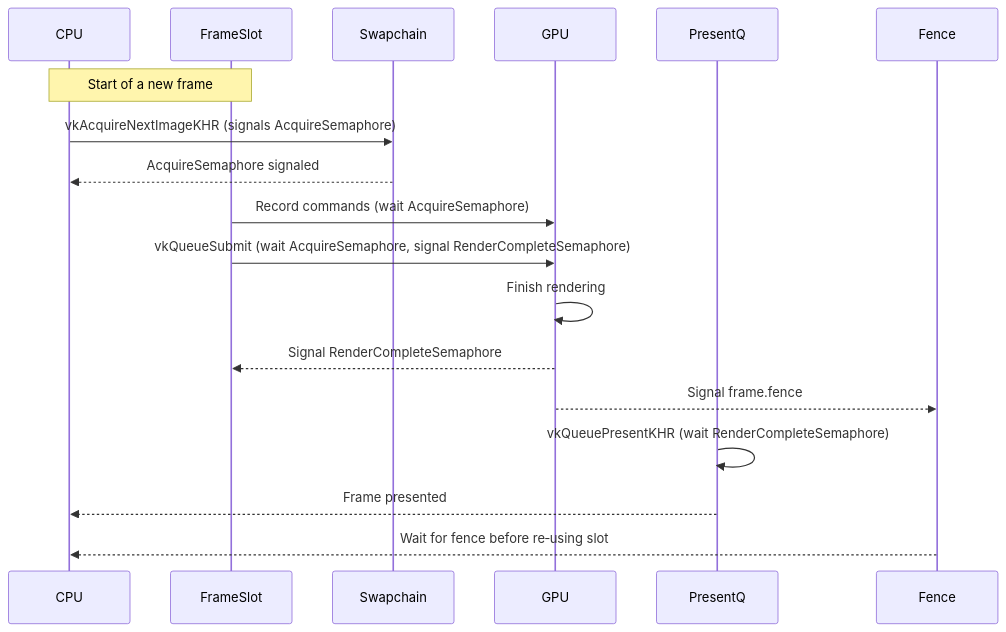
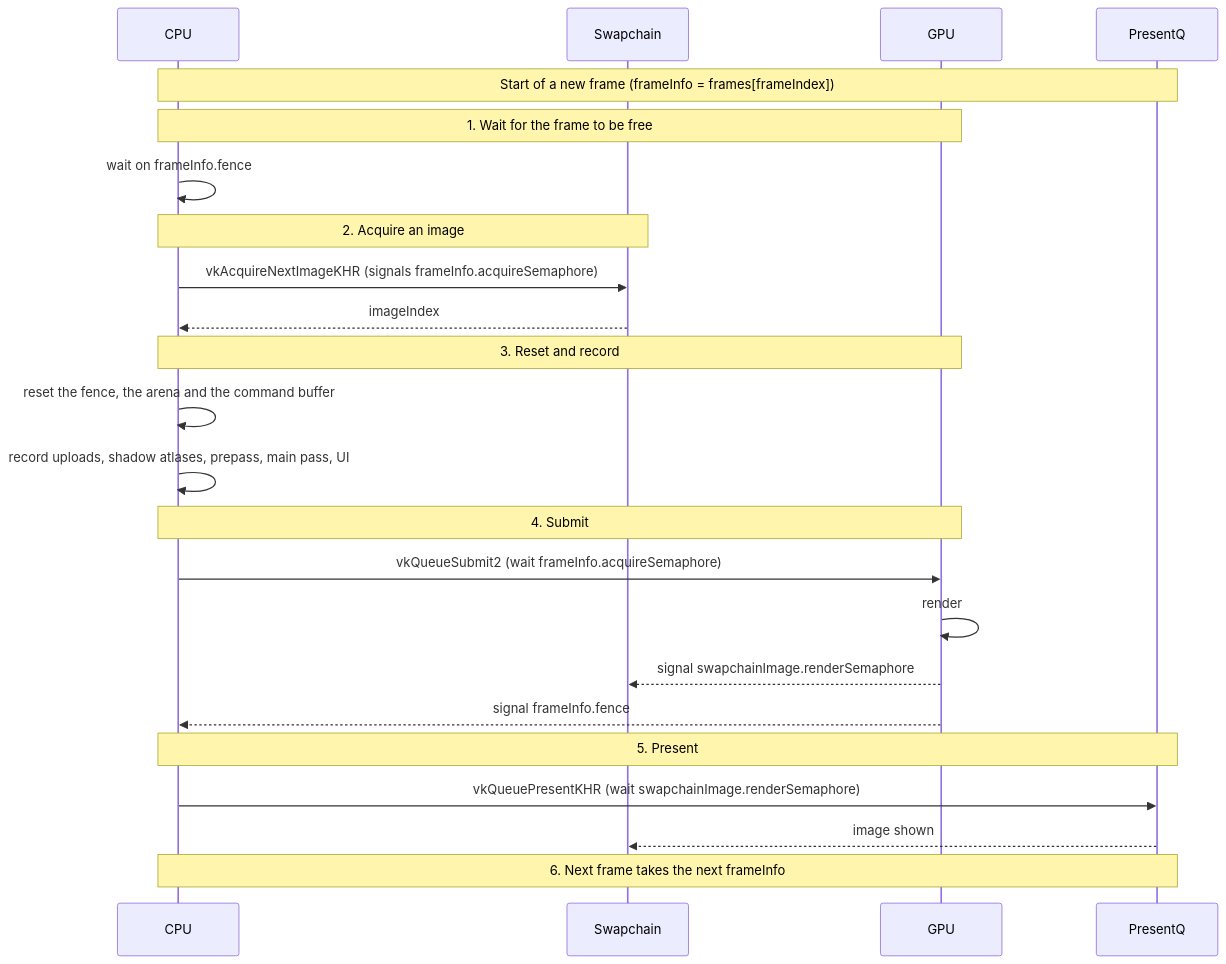
The diagram in notes/SYNCHRONIZATION.md (Zephyr75/overdrive), drawn with Mermaid before and after one commit. The commit also changed other lines of this file and 13 other files, not shown here.

````diff
--- a/notes/SYNCHRONIZATION.md
+++ b/notes/SYNCHRONIZATION.md
@@ -48,22 +71,32 @@
 ```mermaid
 sequenceDiagram
     participant CPU
-    participant FrameSlot
     participant Swapchain
     participant GPU
     participant PresentQ
-    participant Fence
 
-    Note over CPU,FrameSlot: Start of a new frame
+    Note over CPU,PresentQ: Start of a new frame (frameInfo = frames[frameIndex])
 
-    CPU->>Swapchain: vkAcquireNextImageKHR (signals AcquireSemaphore)
-    Swapchain-->>CPU: AcquireSemaphore signaled
-    FrameSlot->>GPU: Record commands (wait AcquireSemaphore)
-    FrameSlot->>GPU: vkQueueSubmit (wait AcquireSemaphore, signal RenderCompleteSemaphore)
-    GPU->>GPU: Finish rendering
-    GPU-->>FrameSlot: Signal RenderCompleteSemaphore
-    GPU-->>Fence: Signal frame.fence
-    PresentQ->>PresentQ: vkQueuePresentKHR (wait RenderCompleteSemaphore)
-    PresentQ-->>CPU: Frame presented
-    Fence-->>CPU: Wait for fence before re‑using slot
+    Note over CPU,GPU: 1. Wait for the frame to be free
+    CPU->>CPU: wait on frameInfo.fence
+
+    Note over CPU,Swapchain: 2. Acquire an image
+    CPU->>Swapchain: vkAcquireNextImageKHR (signals frameInfo.acquireSemaphore)
+    Swapchain-->>CPU: imageIndex
+
+    Note over CPU,GPU: 3. Reset and record
+    CPU->>CPU: reset the fence, the arena and the command buffer
+    CPU->>CPU: record uploads, shadow atlases, prepass, main pass, UI
+
+    Note over CPU,GPU: 4. Submit
+    CPU->>GPU: vkQueueSubmit2 (wait frameInfo.acquireSemaphore)
+    GPU->>GPU: render
+    GPU-->>Swapchain: signal swapchainImage.renderSemaphore
+    GPU-->>CPU: signal frameInfo.fence
+
+    Note over CPU,PresentQ: 5. Present
+    CPU->>PresentQ: vkQueuePresentKHR (wait swapchainImage.renderSemaphore)
+    PresentQ-->>Swapchain: image shown
+
+    Note over CPU,PresentQ: 6. Next frame takes the next frameInfo
 ```
````
